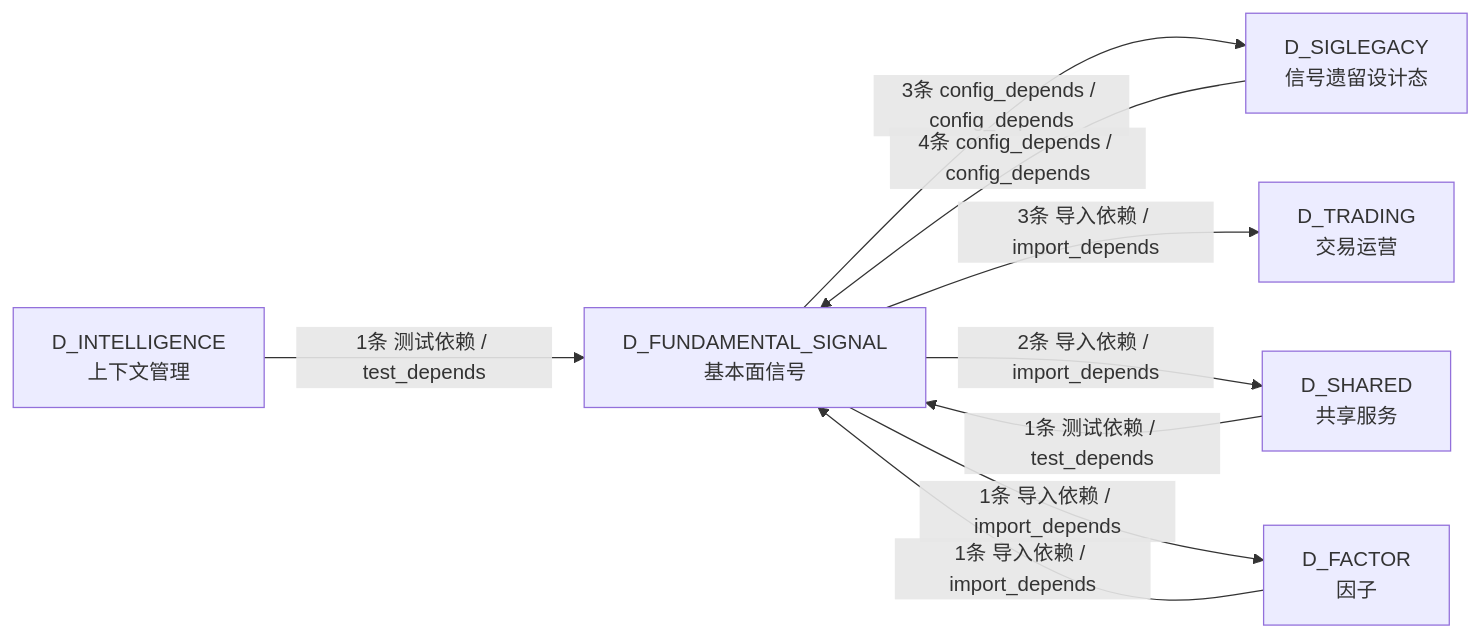
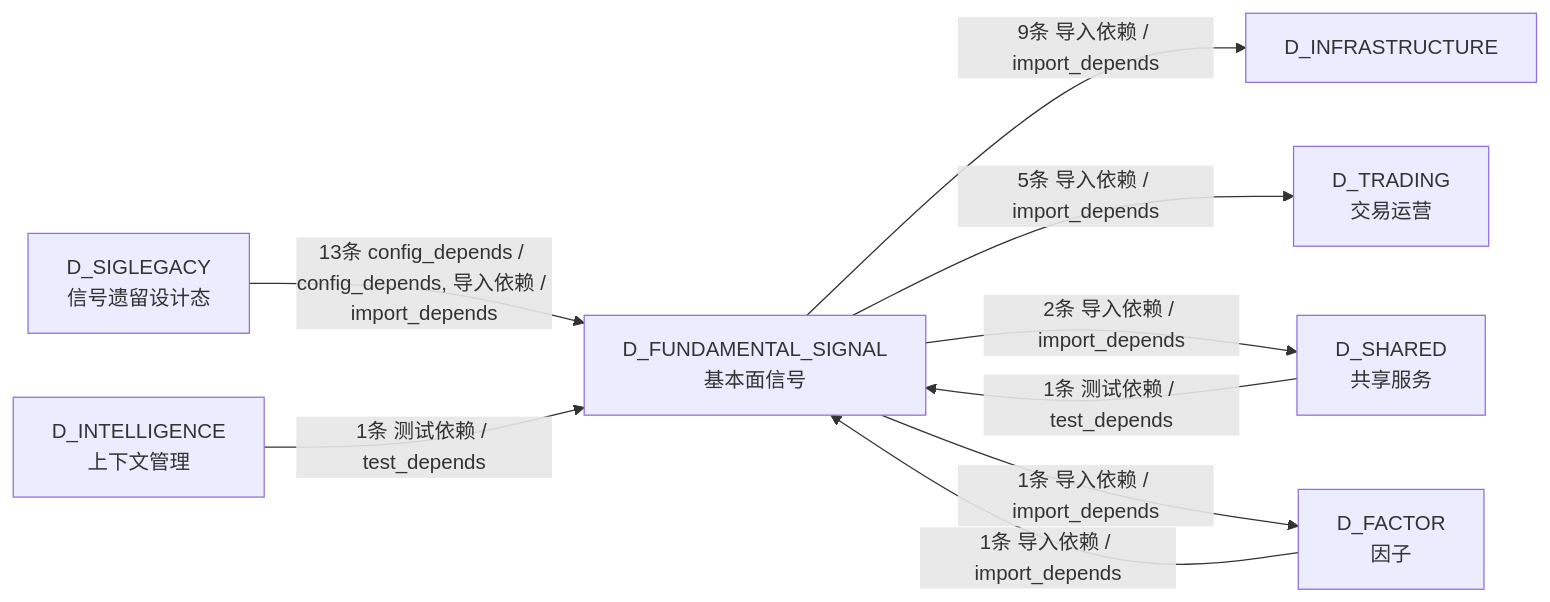
One commit to xuanFelixVan/ZephyrAlpha changed the fourth of 4 diagrams in docs/02_enterprise_architecture/02_domain_architecture_docs/37_d_fundamental_signal.md. Above: the diagram before and after it, drawn with Mermaid. The commit also changed other lines of this file and 126 other files, not shown here.

````diff
--- a/docs/02_enterprise_architecture/02_domain_architecture_docs/37_d_fundamental_signal.md
+++ b/docs/02_enterprise_architecture/02_domain_architecture_docs/37_d_fundamental_signal.md
@@ -222,17 +280,18 @@
 ```mermaid
 graph LR
     D_FUNDAMENTAL_SIGNAL["D_FUNDAMENTAL_SIGNAL<br/>基本面信号"]
-    D_SIGLEGACY["D_SIGLEGACY<br/>信号遗留设计态"]
+    D_INFRASTRUCTURE["D_INFRASTRUCTURE"]
     D_TRADING["D_TRADING<br/>交易运营"]
     D_SHARED["D_SHARED<br/>共享服务"]
     D_FACTOR["D_FACTOR<br/>因子"]
+    D_SIGLEGACY["D_SIGLEGACY<br/>信号遗留设计态"]
     D_INTELLIGENCE["D_INTELLIGENCE<br/>上下文管理"]
-    D_FUNDAMENTAL_SIGNAL -->|3条 config_depends / config_depends| D_SIGLEGACY
-    D_FUNDAMENTAL_SIGNAL -->|3条 导入依赖 / import_depends| D_TRADING
+    D_FUNDAMENTAL_SIGNAL -->|9条 导入依赖 / import_depends| D_INFRASTRUCTURE
+    D_FUNDAMENTAL_SIGNAL -->|5条 导入依赖 / import_depends| D_TRADING
     D_FUNDAMENTAL_SIGNAL -->|2条 导入依赖 / import_depends| D_SHARED
     D_FUNDAMENTAL_SIGNAL -->|1条 导入依赖 / import_depends| D_FACTOR
-    D_SIGLEGACY -->|4条 config_depends / config_depends| D_FUNDAMENTAL_SIGNAL
+    D_SIGLEGACY -->|13条 config_depends / config_depends, 导入依赖 / import_depends| D_FUNDAMENTAL_SIGNAL
     D_FACTOR -->|1条 导入依赖 / import_depends| D_FUNDAMENTAL_SIGNAL
     D_INTELLIGENCE -->|1条 测试依赖 / test_depends| D_FUNDAMENTAL_SIGNAL
     D_SHARED -->|1条 测试依赖 / test_depends| D_FUNDAMENTAL_SIGNAL
 ```
````
